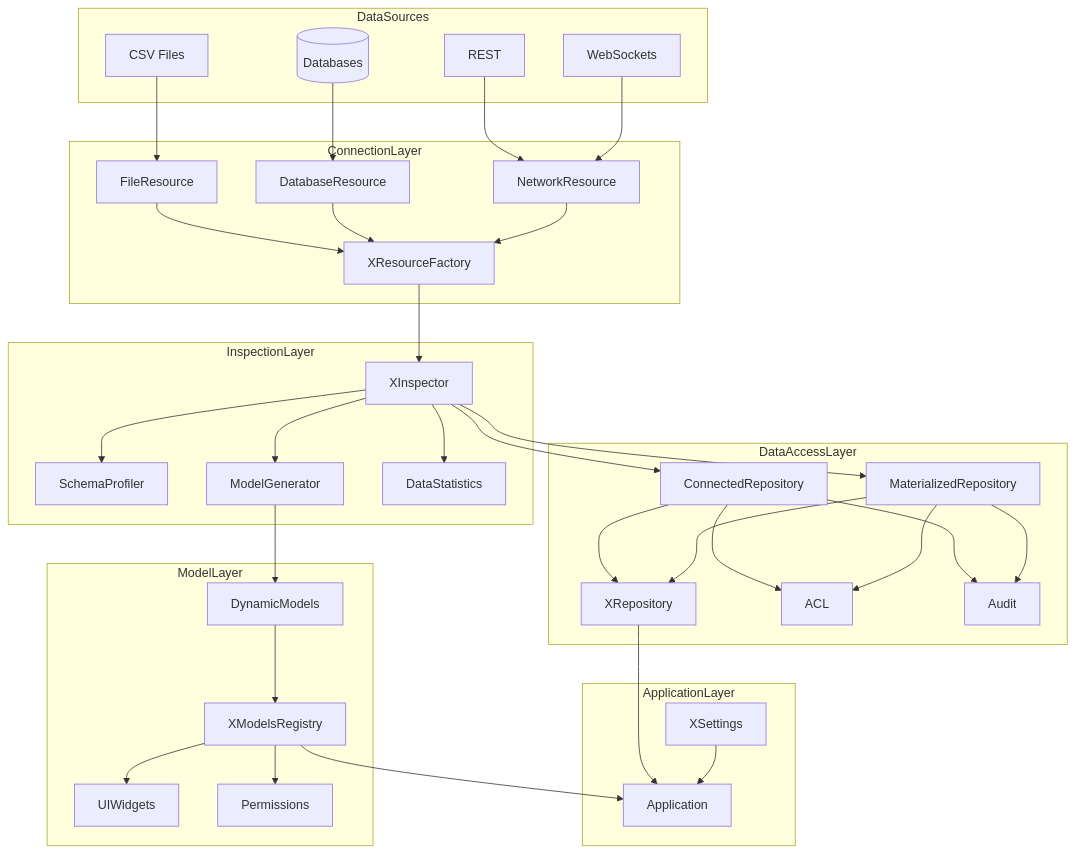
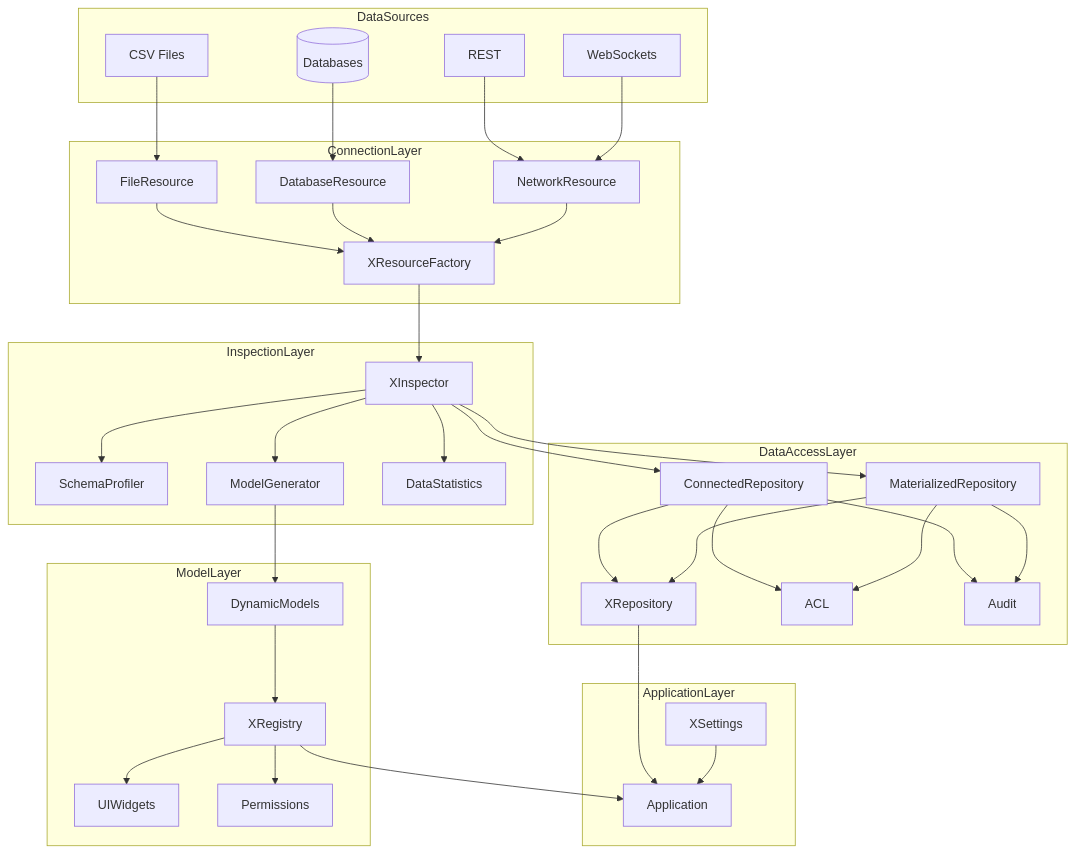
One commit to rpalshetkar/claudify changed the fifth of 7 diagrams in FEATURES/XARCH.md. Above: the diagram before and after it, drawn with Mermaid. The commit also changed other lines of this file and 1 other file, not shown here.

First line of the commit message:
Update FEATURES/CLAUDE.md and XARCH.md: Replace XModels with XRegistry

````diff
--- a/FEATURES/XARCH.md
+++ b/FEATURES/XARCH.md
@@ -283,76 +283,76 @@
 ```mermaid
 flowchart TB
     subgraph "DataSources"
         CSV[CSV Files]
         DB[(Databases)]
         API[REST]
         WS[WebSockets]
     end
 
     subgraph "ConnectionLayer"
         XR[XResourceFactory]
         FR[FileResource]
         DR[DatabaseResource]
         NR[NetworkResource]
     end
 
     subgraph "InspectionLayer"
         XI[XInspector]
         SP[SchemaProfiler]
         MG[ModelGenerator]
         DS[DataStatistics]
     end
 
     subgraph "DataAccessLayer"
         XRP[XRepository]
         CR[ConnectedRepository]
         MR[MaterializedRepository]
         ACL[ACL]
         AL[Audit]
     end
 
     subgraph "ModelLayer"
-        XM[XModelsRegistry]
+        XM[XRegistry]
         DM[DynamicModels]
         UI[UIWidgets]
         PM[Permissions]
     end
 
     subgraph "ApplicationLayer"
         APP[Application]
         SET[XSettings]
     end
 
     CSV --> FR
     DB --> DR
     API --> NR
     WS --> NR
 
     FR --> XR
     DR --> XR
     NR --> XR
 
     XR --> XI
     XI --> SP
     XI --> MG
     XI --> DS
 
     XI --> CR
     XI --> MR
     CR --> ACL
     CR --> AL
     MR --> ACL
     MR --> AL
 
     CR --> XRP
     MR --> XRP
 
     MG --> DM
     DM --> XM
     XM --> UI
     XM --> PM
 
     XRP --> APP
     XM --> APP
     SET --> APP
 ```
````
